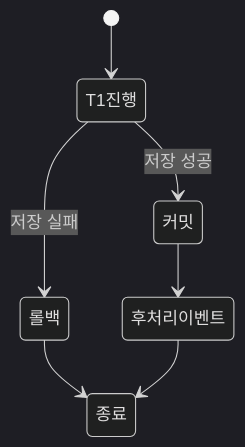
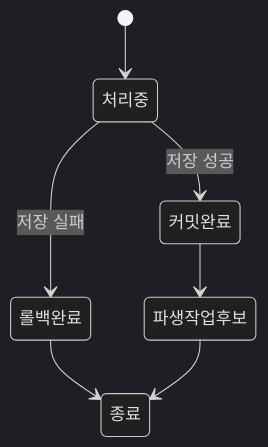
The third of 10 diagrams in _posts/2026-06-29-ai-conversation-post-processing-pipeline.md (jiwon11/jiwon11.github.io), drawn with Mermaid (dark theme) before and after one commit. The commit also changed other lines of this file and 4 other files, not shown here.

```diff
--- a/_posts/2026-06-29-ai-conversation-post-processing-pipeline.md
+++ b/_posts/2026-06-29-ai-conversation-post-processing-pipeline.md
@@ -196,9 +101,9 @@
 ~~~mermaid
 stateDiagram-v2
-    [*] --> T1진행
-    T1진행 --> 커밋: 저장 성공
-    T1진행 --> 롤백: 저장 실패
-    커밋 --> 후처리이벤트
-    롤백 --> 종료
-    후처리이벤트 --> 종료
+    [*] --> 처리중
+    처리중 --> 커밋완료: 저장 성공
+    처리중 --> 롤백완료: 저장 실패
+    커밋완료 --> 파생작업후보
+    롤백완료 --> 종료
+    파생작업후보 --> 종료
 ~~~
```
